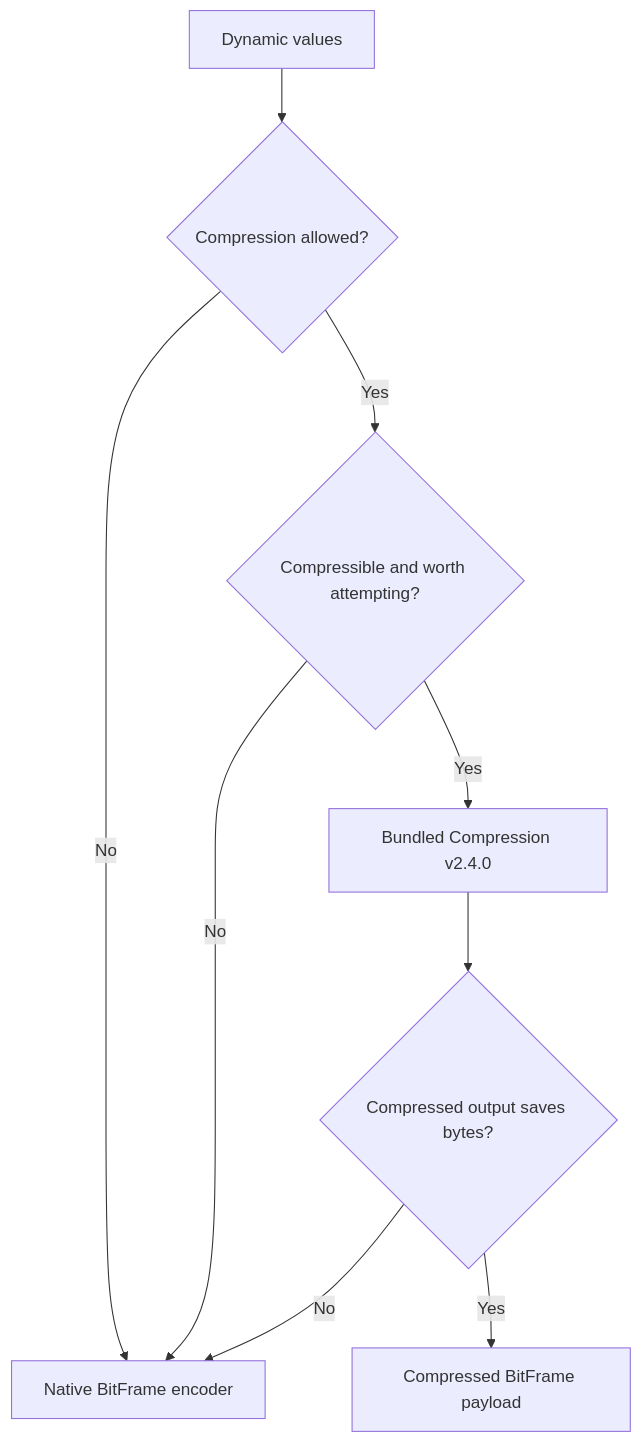
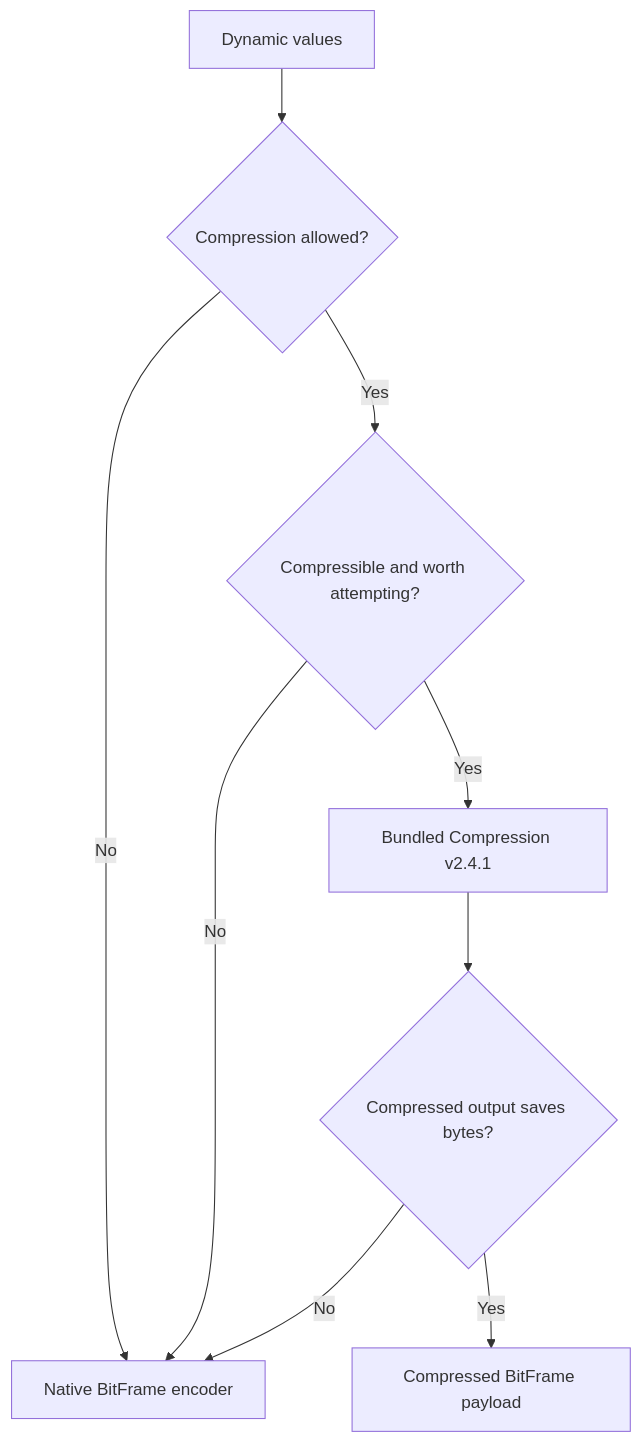
One commit to SillyDev2026/NetStreamV2 changed the third of 4 diagrams in README.md. Above: the diagram before and after it, drawn with Mermaid. The commit also changed other lines of this file and 76 other files, not shown here.

````diff
--- a/README.md
+++ b/README.md
@@ -178,11 +178,11 @@
 ```mermaid
 flowchart TD
     A["Dynamic values"] --> B{"Compression allowed?"}
     B -- No --> F["Native BitFrame encoder"]
     B -- Yes --> C{"Compressible and worth attempting?"}
     C -- No --> F
-    C -- Yes --> D["Bundled Compression v2.4.0"]
+    C -- Yes --> D["Bundled Compression v2.4.1"]
     D --> E{"Compressed output saves bytes?"}
     E -- Yes --> G["Compressed BitFrame payload"]
     E -- No --> F
 ```
````
